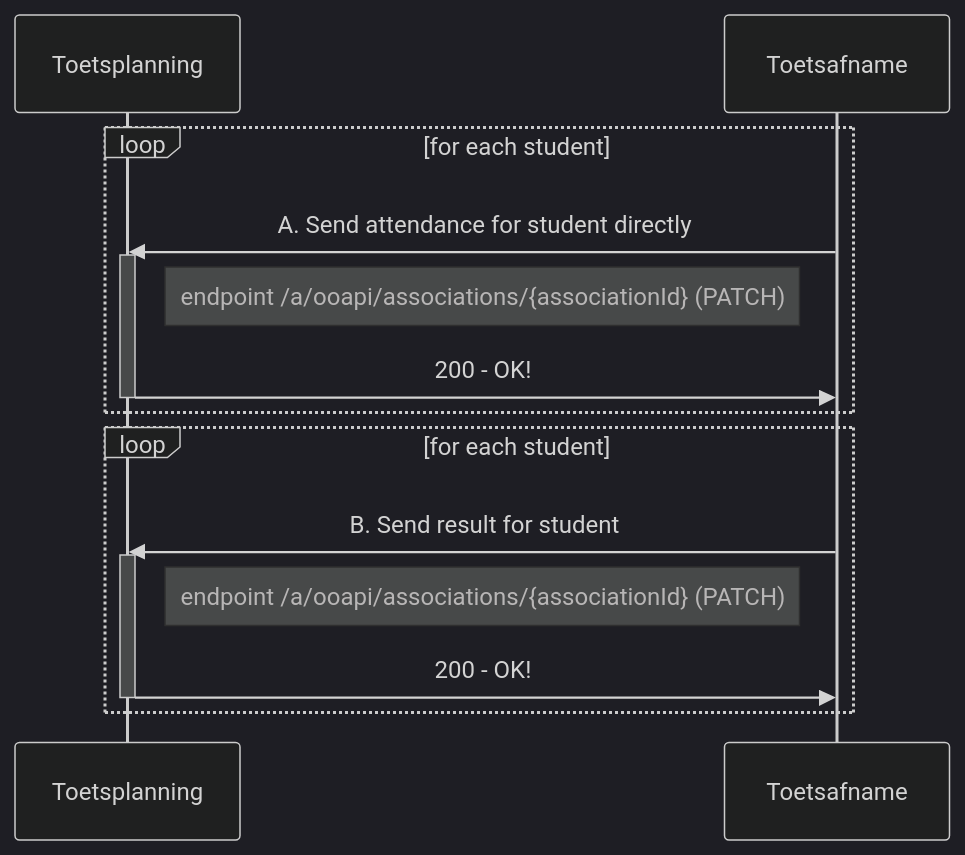
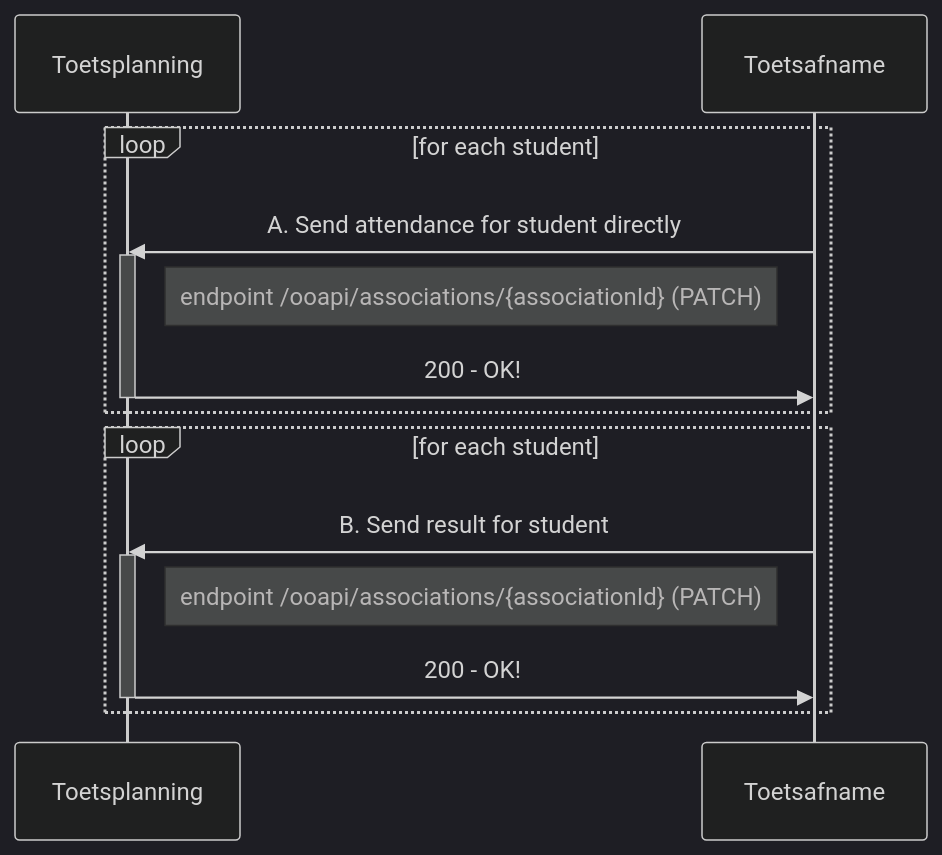
Before and after one commit to NetwerkExamineringDigitalisering/NED-OOAPI: the third of 6 diagrams in doc/flow3.md, drawn with Mermaid (dark theme). The commit also changed other lines of this file and 4 other files, not shown here.

````diff
--- a/doc/flow3.md
+++ b/doc/flow3.md
@@ -112,19 +112,19 @@
 ```mermaid
 sequenceDiagram
     participant Toetsplanning
     participant Toetsafname
     loop for each student
       Toetsafname->>Toetsplanning: A. Send attendance for student directly
       activate Toetsplanning
-      Note right of Toetsplanning: endpoint /a/ooapi/associations/{associationId} (PATCH)
+      Note right of Toetsplanning: endpoint /ooapi/associations/{associationId} (PATCH)
       Toetsplanning->>Toetsafname: 200 - OK!
       deactivate Toetsplanning
    end
     loop for each student
       Toetsafname->>Toetsplanning: B. Send result for student
       activate Toetsplanning
-      Note right of Toetsplanning: endpoint /a/ooapi/associations/{associationId} (PATCH)
+      Note right of Toetsplanning: endpoint /ooapi/associations/{associationId} (PATCH)
       Toetsplanning->>Toetsafname: 200 - OK!
       deactivate Toetsplanning
    end
 ```
````
